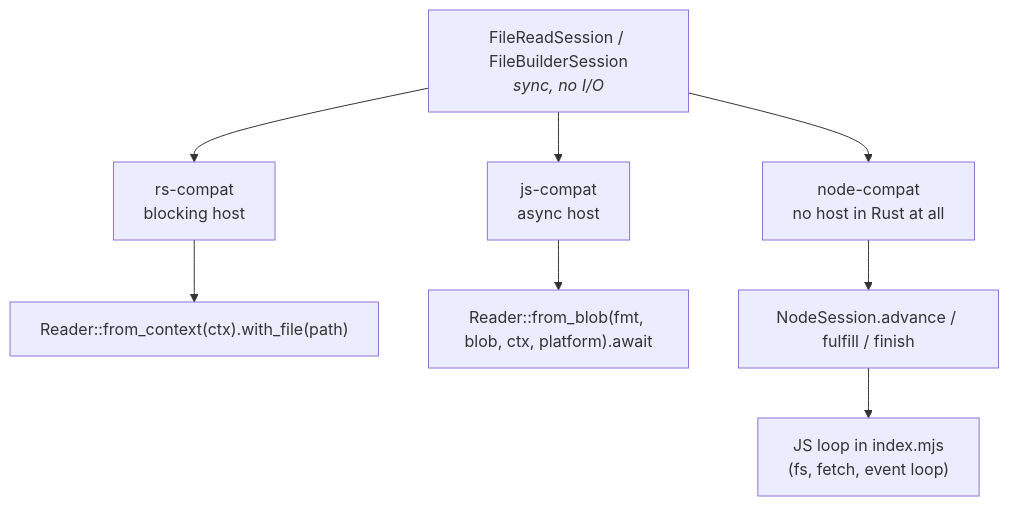
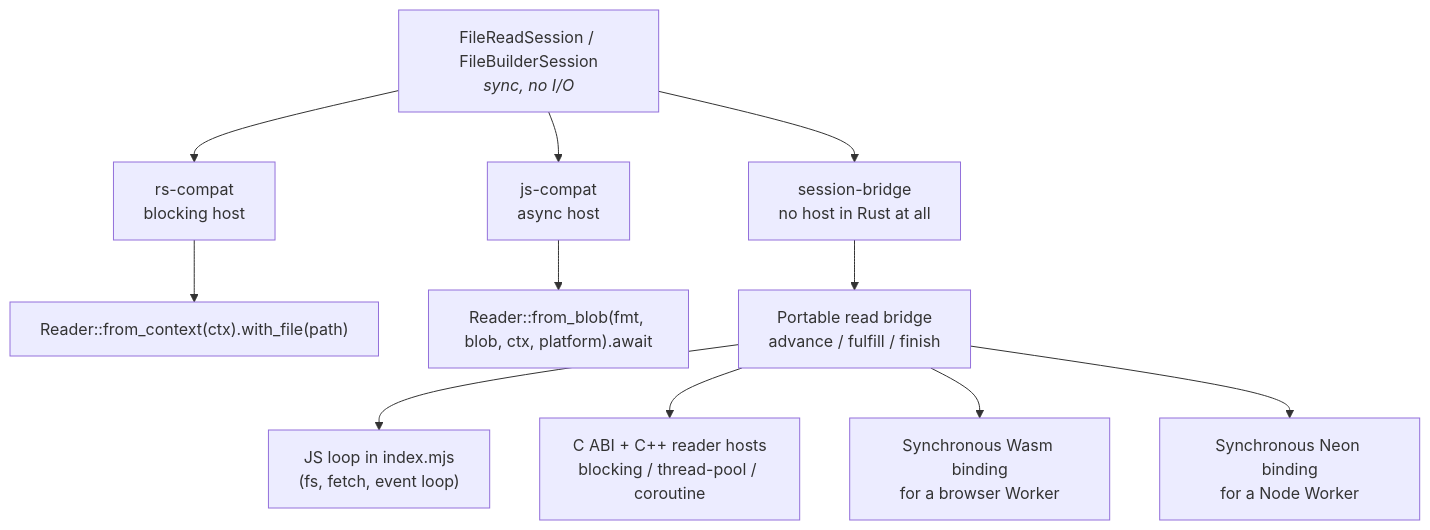
Before and after one commit to scouten/state-machine-experiment: the first of 2 diagrams in docs/walkthrough/06-bindings.md, drawn with Mermaid. The commit also changed other lines of this file and 9 other files, not shown here.

First line of the commit message:
docs: document the session bridge, Wasm binding and C++ consumer

````diff
--- a/docs/walkthrough/06-bindings.md
+++ b/docs/walkthrough/06-bindings.md
@@ -7,11 +7,14 @@
 ```mermaid
 flowchart TB
     E["FileReadSession / FileBuilderSession<br/><i>sync, no I/O</i>"]
     E --> R["rs-compat<br/>blocking host"]
     E --> J["js-compat<br/>async host"]
-    E --> N["node-compat<br/>no host in Rust at all"]
+    E --> N["session-bridge<br/>no host in Rust at all"]
     R --> R1["Reader::from_context(ctx).with_file(path)"]
     J --> J1["Reader::from_blob(fmt, blob, ctx, platform).await"]
-    N --> N1["NodeSession.advance / fulfill / finish"]
+    N --> N1["Portable read bridge<br/>advance / fulfill / finish"]
     N1 --> N2["JS loop in index.mjs<br/>(fs, fetch, event loop)"]
+    N1 --> CPP["C ABI + C++ reader hosts<br/>blocking / thread-pool / coroutine"]
+    N1 --> WB["Synchronous Wasm binding<br/>for a browser Worker"]
+    N1 --> WN["Synchronous Neon binding<br/>for a Node Worker"]
 ```
````
